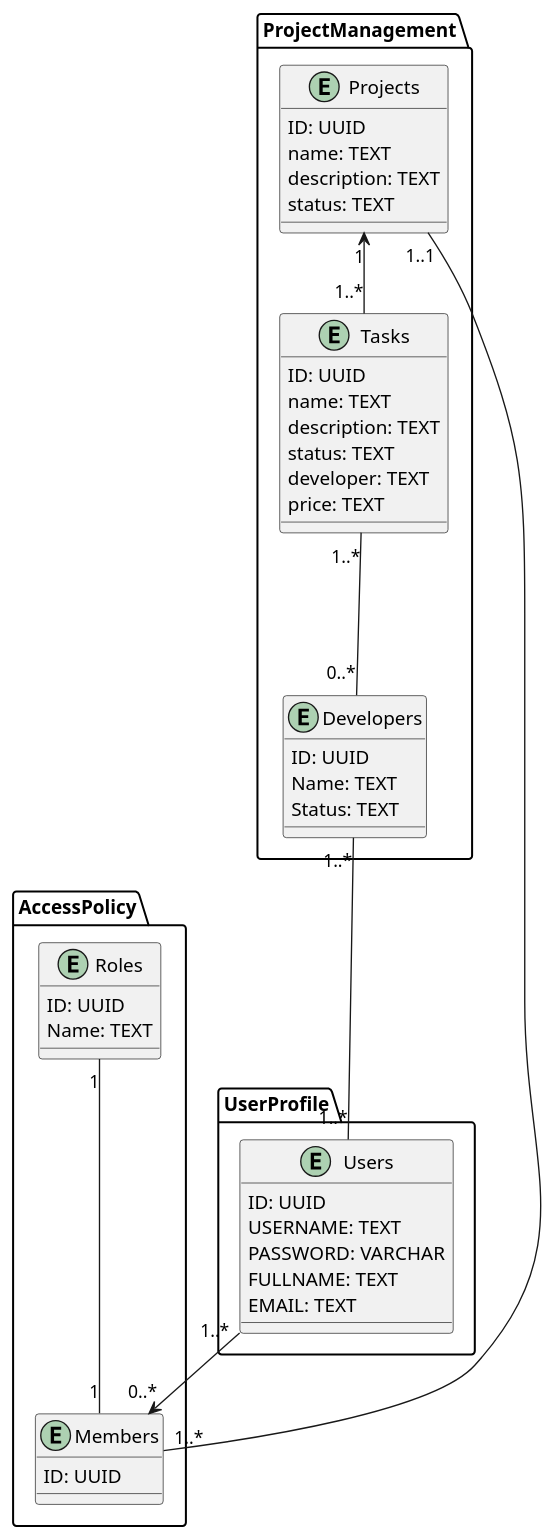
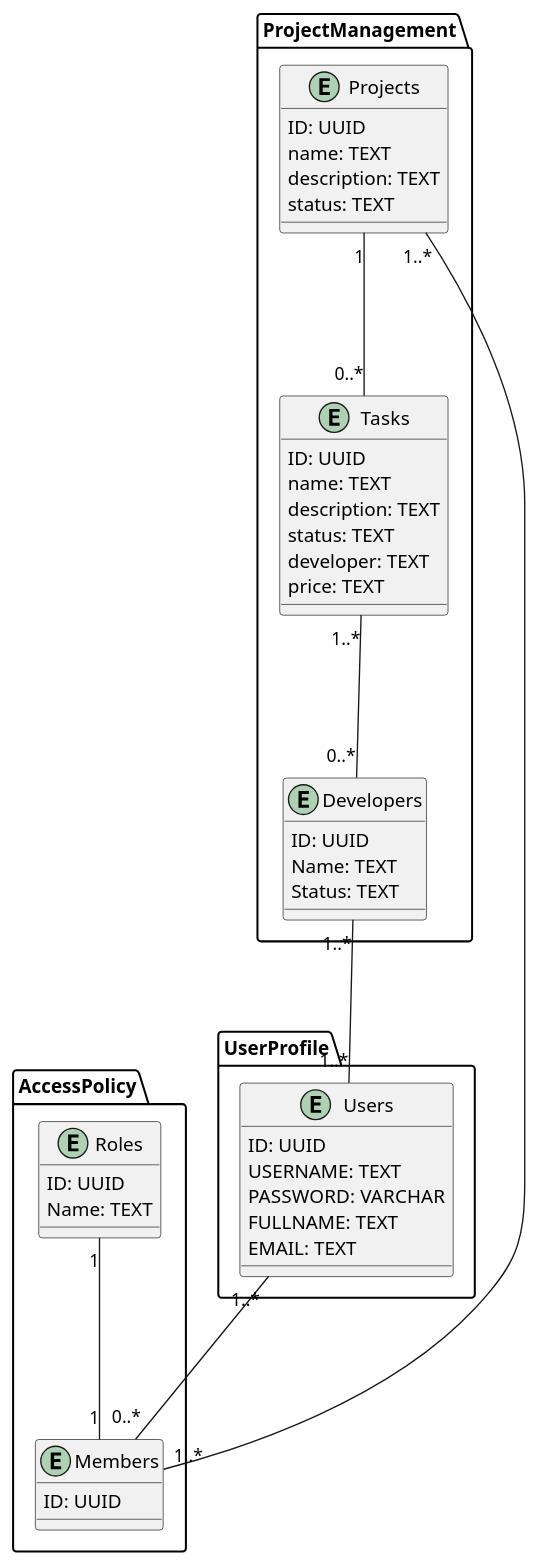
One commit to vlad13242/TaskForge changed the second of 2 diagrams in docs/design/README.md. Above: the diagram before and after it, drawn with PlantUML.

```diff
--- a/docs/design/README.md
+++ b/docs/design/README.md
@@ -71,55 +71,55 @@
 @startuml
 
     namespace UserProfile {
         entity Users {
             ID: UUID
             USERNAME: TEXT
             PASSWORD: VARCHAR
             FULLNAME: TEXT
             EMAIL: TEXT
         }
     }
 
     namespace ProjectManagement {
         entity Projects {
             ID: UUID
             name: TEXT
             description: TEXT
             status: TEXT
         }
 
         entity Tasks {
             ID: UUID
             name: TEXT
             description: TEXT
             status: TEXT
             developer: TEXT
             price: TEXT
         }
 
         entity Developers {
             ID: UUID
             Name: TEXT
             Status: TEXT
             }
     }
 
     namespace AccessPolicy {
         entity Members {
             ID: UUID
         }
 
         entity Roles {
             ID: UUID
             Name: TEXT
         }
     }
 
 Developers "1..*" --- "1..*" Users
 Tasks "1..*" --- "0..*" Developers
 Roles "1" --- "1" Members
-Users "1..*" --> "0..*" Members
-Projects "1..1" --- "1..*" Members
-Projects "1" <-- "1..*" Tasks
+Users "1..*" --- "0..*" Members
+Projects "1..*" --- "1..*" Members
+Projects "1" --- "0..*" Tasks
 
 @enduml
```
